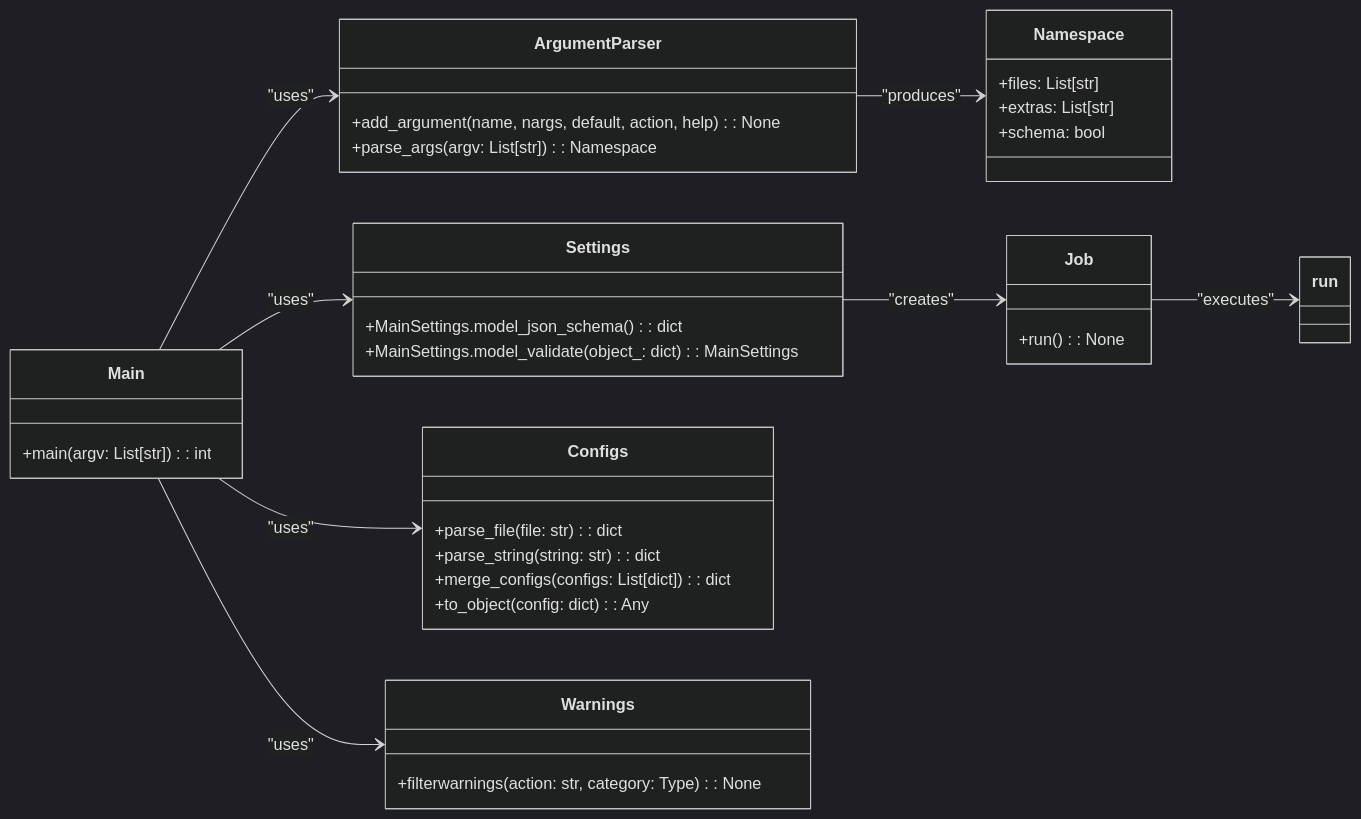
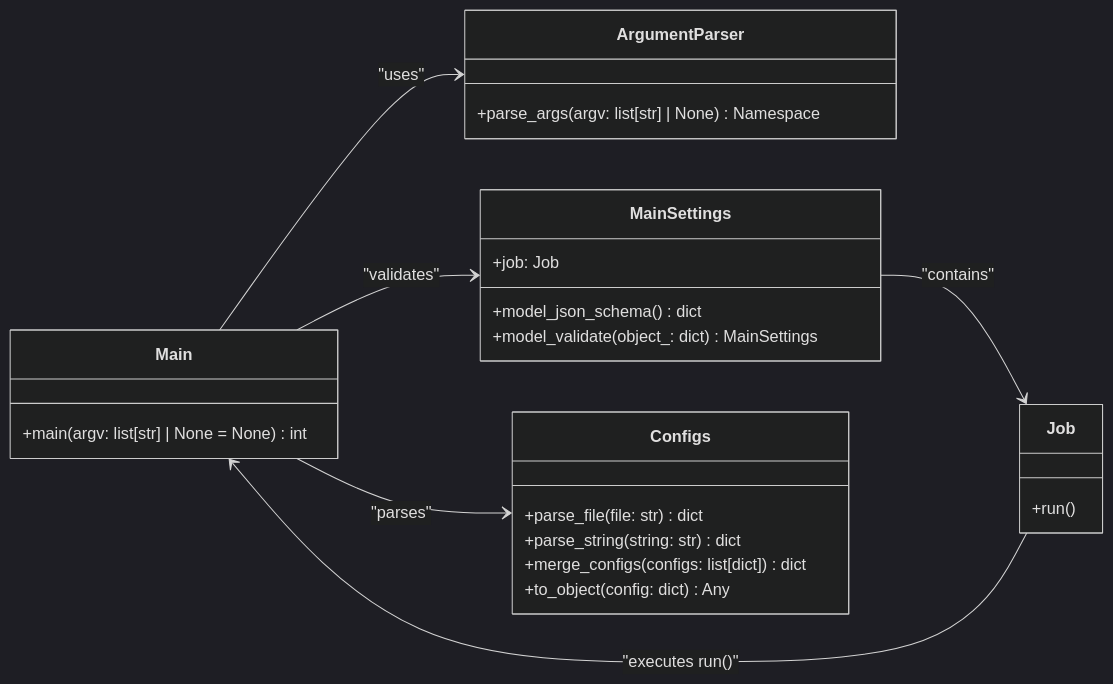
Before and after one commit to lgcorzo/mlops-python-package: the diagram in Documents/Scripts_stories.md, drawn with Mermaid (dark theme). The commit also changed other lines of this file and 21 other files, not shown here.

````diff
--- a/Documents/Scripts_stories.md
+++ b/Documents/Scripts_stories.md
@@ -22,49 +22,35 @@
 ```mermaid
 classDiagram
-direction LR
+    direction LR
 
     class Main {
-        +main(argv: List[str]) : int
+        +main(argv: list[str] | None = None) int
     }
 
     class ArgumentParser {
-        +add_argument(name, nargs, default, action, help) : None
-        +parse_args(argv: List[str]) : Namespace
+        +parse_args(argv: list[str] | None) Namespace
     }
 
-    class Settings {
-        +MainSettings.model_json_schema() : dict
-        +MainSettings.model_validate(object_: dict) : MainSettings
+    class MainSettings {
+        +model_json_schema() dict
+        +model_validate(object_: dict) MainSettings
+        +job: Job
     }
 
     class Configs {
-        +parse_file(file: str) : dict
-        +parse_string(string: str) : dict
-        +merge_configs(configs: List[dict]) : dict
-        +to_object(config: dict) : Any
-    }
-
-    class Warnings {
-        +filterwarnings(action: str, category: Type) : None
-    }
-
-    class Namespace {
-        +files: List[str]
-        +extras: List[str]
-        +schema: bool
+        +parse_file(file: str) dict
+        +parse_string(string: str) dict
+        +merge_configs(configs: list[dict]) dict
+        +to_object(config: dict) Any
     }
 
     class Job {
-        +run() : None
+        +run()
     }
 
     Main --> ArgumentParser : "uses"
-    Main --> Settings : "uses"
-    Main --> Configs : "uses"
-    Main --> Warnings : "uses"
-    ArgumentParser --> Namespace : "produces"
-    Settings --> Job : "creates"
-    Job --> run : "executes"
-
-
+    Main --> MainSettings : "validates"
+    Main --> Configs : "parses"
+    MainSettings --> Job : "contains"
+    Job --> Main : "executes run()"
 ```
````
